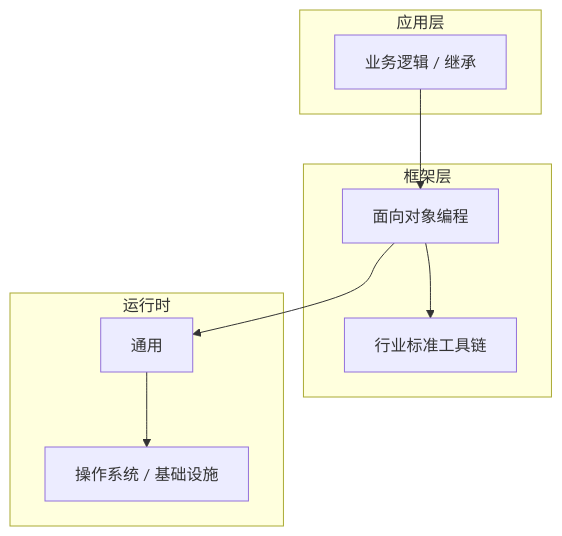
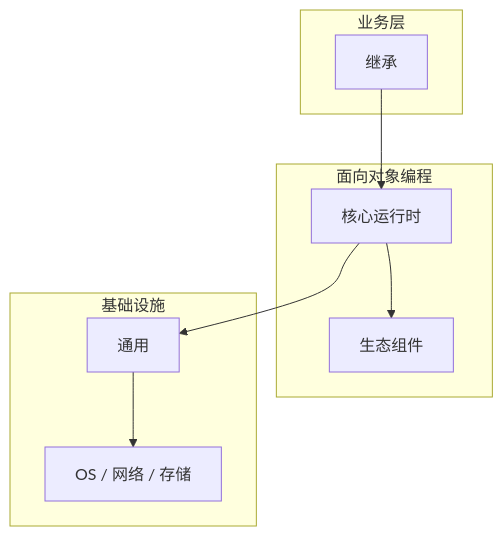
One commit to yanggan2015/knowledge-json-v2 changed the diagram in articles/面向对象编程/chapters/019-继承核心概念与原理.md. Above: the diagram before and after it, drawn with Mermaid. The commit also changed other lines of this file and 10127 other files, not shown here.

````diff
--- a/articles/面向对象编程/chapters/019-继承核心概念与原理.md
+++ b/articles/面向对象编程/chapters/019-继承核心概念与原理.md
@@ -45,18 +34,18 @@
 ```mermaid
 graph TB
-    subgraph 应用层
-        A[业务逻辑 / 继承]
+    subgraph 业务层
+        A[继承]
     end
-    subgraph 框架层
-        B[面向对象编程]
-        C[行业标准工具链]
+    subgraph 面向对象编程
+        B[核心运行时]
+        C[生态组件]
     end
-    subgraph 运行时
+    subgraph 基础设施
         D[通用]
-        E[操作系统 / 基础设施]
+        E[OS / 网络 / 存储]
     end
     A --> B
     B --> C
     B --> D
     D --> E
 ```
````
